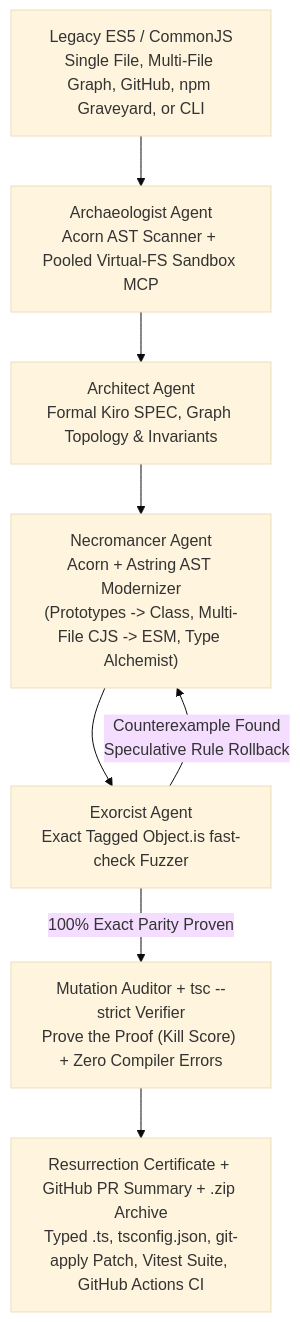
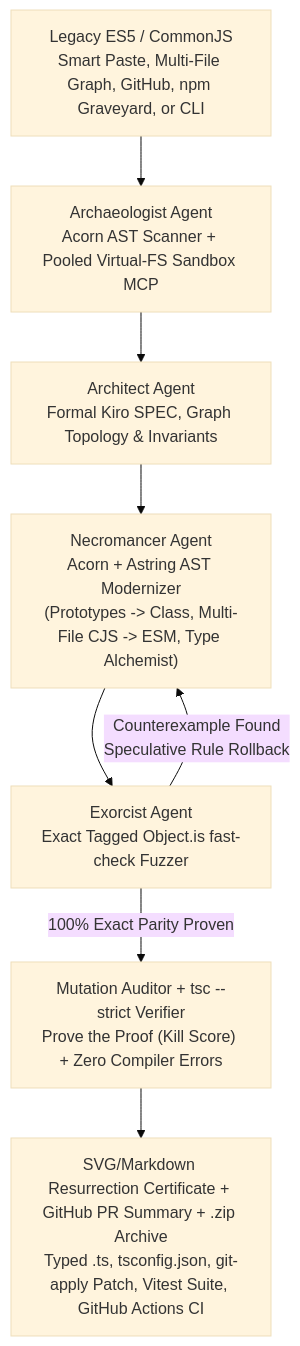
The diagram in README.md (anjarkar25-max/lazarus), drawn with Mermaid (base theme) before and after one commit. The commit also changed other lines of this file, not shown here.

Commit message:
docs(readme): update to final V9 Studio with 745 tests, 18 Kiro specs, Kiro DNA drawer, smart paste, and SVG certificates

````diff
--- a/README.md
+++ b/README.md
@@ -11,10 +11,10 @@
 ```mermaid
 flowchart TD
-    A["Legacy ES5 / CommonJS<br/>Single File, Multi-File Graph, GitHub, npm Graveyard, or CLI"] --> B["Archaeologist Agent<br/>Acorn AST Scanner + Pooled Virtual-FS Sandbox MCP"]
+    A["Legacy ES5 / CommonJS<br/>Smart Paste, Multi-File Graph, GitHub, npm Graveyard, or CLI"] --> B["Archaeologist Agent<br/>Acorn AST Scanner + Pooled Virtual-FS Sandbox MCP"]
     B --> C["Architect Agent<br/>Formal Kiro SPEC, Graph Topology & Invariants"]
     C --> D["Necromancer Agent<br/>Acorn + Astring AST Modernizer<br/>(Prototypes -> Class, Multi-File CJS -> ESM, Type Alchemist)"]
     D --> E["Exorcist Agent<br/>Exact Tagged Object.is fast-check Fuzzer"]
     E -- "Counterexample Found<br/>Speculative Rule Rollback" --> D
     E -- "100% Exact Parity Proven" --> F["Mutation Auditor + tsc --strict Verifier<br/>Prove the Proof (Kill Score) + Zero Compiler Errors"]
-    F --> G["Resurrection Certificate + GitHub PR Summary + .zip Archive<br/>Typed .ts, tsconfig.json, git-apply Patch, Vitest Suite, GitHub Actions CI"]
+    F --> G["SVG/Markdown Resurrection Certificate + GitHub PR Summary + .zip Archive<br/>Typed .ts, tsconfig.json, git-apply Patch, Vitest Suite, GitHub Actions CI"]
 ```
````
